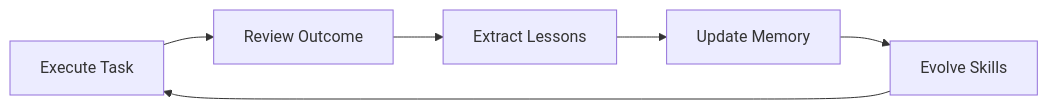
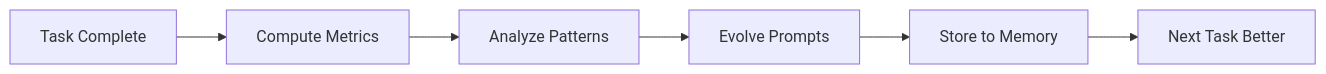
Before and after one commit to Adit-Jain-srm/Vibe-Syndicate: the third of 3 diagrams in README.md, drawn with Mermaid. The commit also changed other lines of this file, not shown here.

````diff
--- a/README.md
+++ b/README.md
@@ -86,8 +240,8 @@
 ```mermaid
 flowchart LR
-    Execute["Execute Task"] --> Review["Review Outcome"]
-    Review --> Extract["Extract Lessons"]
-    Extract --> Memory["Update Memory"]
-    Memory --> Evolve["Evolve Skills"]
-    Evolve --> Execute
+    Complete["Task Complete"] --> Metrics["Compute Metrics"]
+    Metrics --> Analyze["Analyze Patterns"]
+    Analyze --> Evolve["Evolve Prompts"]
+    Evolve --> Store["Store to Memory"]
+    Store --> Better["Next Task Better"]
 ```
````
